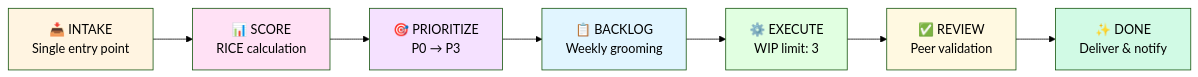
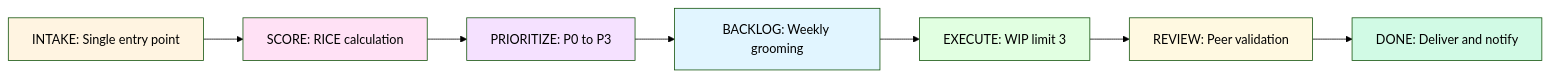
Before and after one commit to Nebiath/Architecture-design-documentation: the tenth of 10 diagrams in docs/ejemplo/01-global/demand-management/diagrams/demand-management-diagrams.md, drawn with Mermaid (forest theme). The commit also changed other lines of this file, not shown here.

Commit message:
Mermaid rendering inconsistencies.

````diff
--- a/docs/ejemplo/01-global/demand-management/diagrams/demand-management-diagrams.md
+++ b/docs/ejemplo/01-global/demand-management/diagrams/demand-management-diagrams.md
@@ -510,22 +511,22 @@
 ```mermaid
 graph LR
-    A[📥 INTAKE<br/>Single entry point] --> B[📊 SCORE<br/>RICE calculation]
+    A[INTAKE: Single entry point] --> B[SCORE: RICE calculation]
 
-    B --> C[🎯 PRIORITIZE<br/>P0 → P3]
+    B --> C[PRIORITIZE: P0 to P3]
 
-    C --> D[📋 BACKLOG<br/>Weekly grooming]
+    C --> D[BACKLOG: Weekly grooming]
 
-    D --> E[⚙️ EXECUTE<br/>WIP limit: 3]
+    D --> E[EXECUTE: WIP limit 3]
 
-    E --> F[✅ REVIEW<br/>Peer validation]
+    E --> F[REVIEW: Peer validation]
 
-    F --> G[✨ DONE<br/>Deliver & notify]
+    F --> G[DONE: Deliver and notify]
 
     style A fill:#fff4e1
     style B fill:#ffe1f5
     style C fill:#f5e1ff
     style D fill:#e1f5ff
     style E fill:#e1ffe1
     style F fill:#fff9e1
     style G fill:#d1fae5
 ```
````
